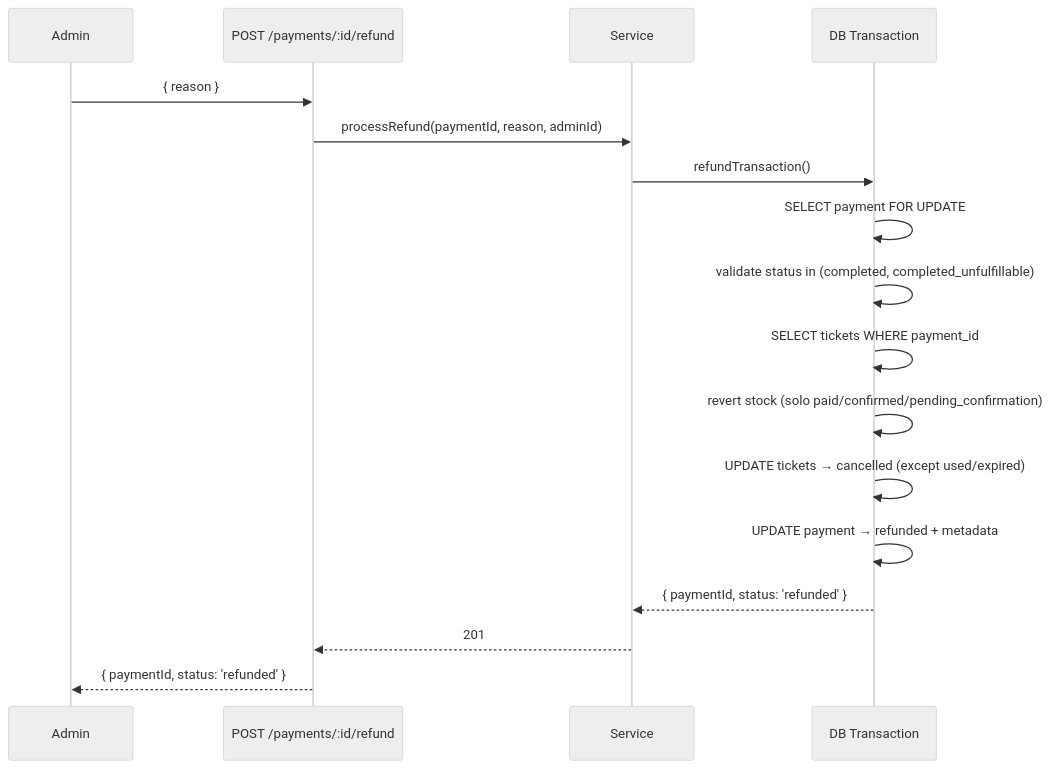
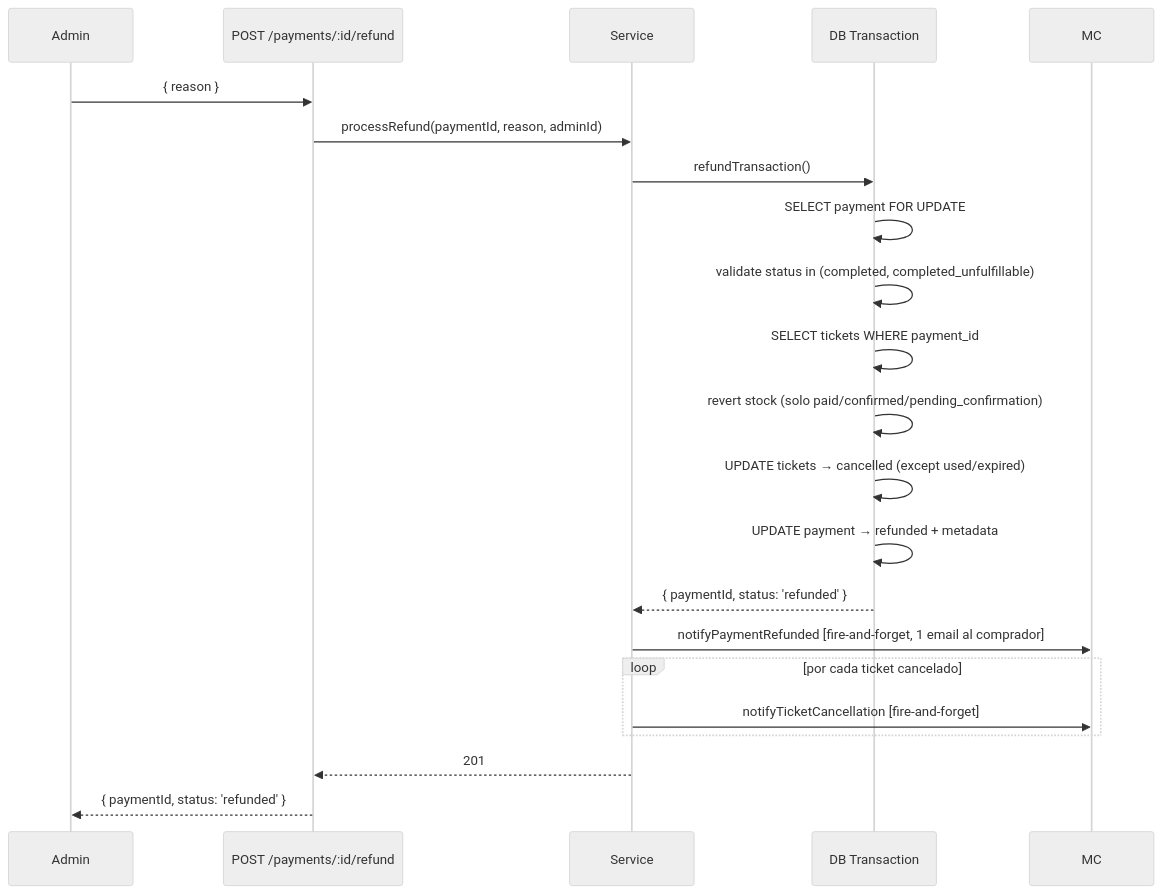
The third of 4 diagrams in backend/src/modules/payments/README.md (User281167/venta-de-tickets), drawn with Mermaid (neutral theme) before and after one commit. The commit also changed other lines of this file and 4 other files, not shown here.

````diff
--- a/backend/src/modules/payments/README.md
+++ b/backend/src/modules/payments/README.md
@@ -173,20 +200,24 @@
 ```mermaid
 sequenceDiagram
     participant A as Admin
     participant API as POST /payments/:id/refund
     participant S as Service
     participant Tx as DB Transaction
 
     A->>API: { reason }
     API->>S: processRefund(paymentId, reason, adminId)
     S->>Tx: refundTransaction()
     Tx->>Tx: SELECT payment FOR UPDATE
     Tx->>Tx: validate status in (completed, completed_unfulfillable)
     Tx->>Tx: SELECT tickets WHERE payment_id
     Tx->>Tx: revert stock (solo paid/confirmed/pending_confirmation)
     Tx->>Tx: UPDATE tickets → cancelled (except used/expired)
     Tx->>Tx: UPDATE payment → refunded + metadata
     Tx-->>S: { paymentId, status: 'refunded' }
+    S->>MC: notifyPaymentRefunded [fire-and-forget, 1 email al comprador]
+    loop por cada ticket cancelado
+        S->>MC: notifyTicketCancellation [fire-and-forget]
+    end
     S-->>API: 201
     API-->>A: { paymentId, status: 'refunded' }
 ```
````
